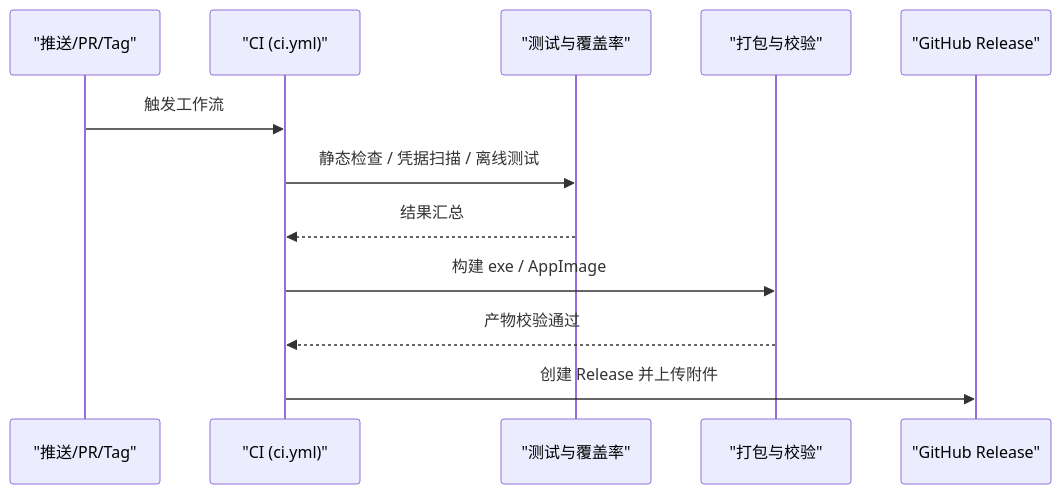
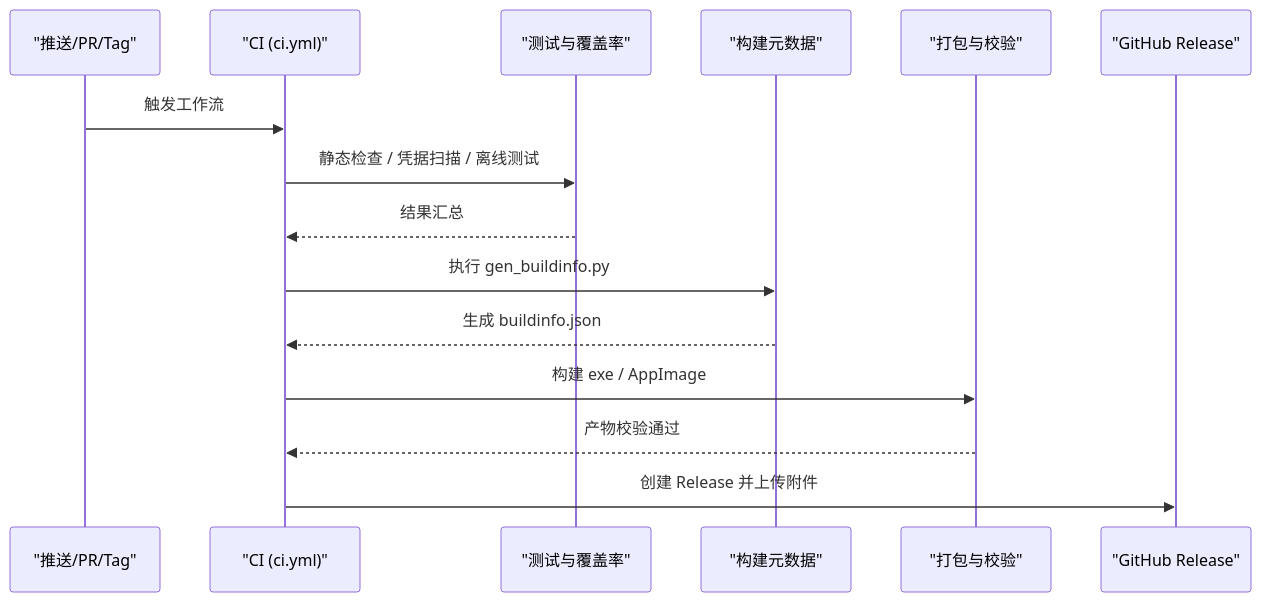
Before and after one commit to EMeowAGENT/vrchat-livetranslate: the eighth of 10 diagrams in .qoder/repowiki/zh/content/部署与发布.md, drawn with Mermaid. The commit also changed other lines of this file and 75 other files, not shown here.

````diff
--- a/.qoder/repowiki/zh/content/部署与发布.md
+++ b/.qoder/repowiki/zh/content/部署与发布.md
@@ -255,14 +318,17 @@
 ```mermaid
 sequenceDiagram
 participant Push as "推送/PR/Tag"
 participant CI as "CI (ci.yml)"
 participant Test as "测试与覆盖率"
+participant BuildInfo as "构建元数据"
 participant Pack as "打包与校验"
 participant GH as "GitHub Release"
 Push->>CI : 触发工作流
 CI->>Test : 静态检查 / 凭据扫描 / 离线测试
 Test-->>CI : 结果汇总
+CI->>BuildInfo : 执行 gen_buildinfo.py
+BuildInfo-->>CI : 生成 buildinfo.json
 CI->>Pack : 构建 exe / AppImage
 Pack-->>CI : 产物校验通过
 CI->>GH : 创建 Release 并上传附件
 ```
````
